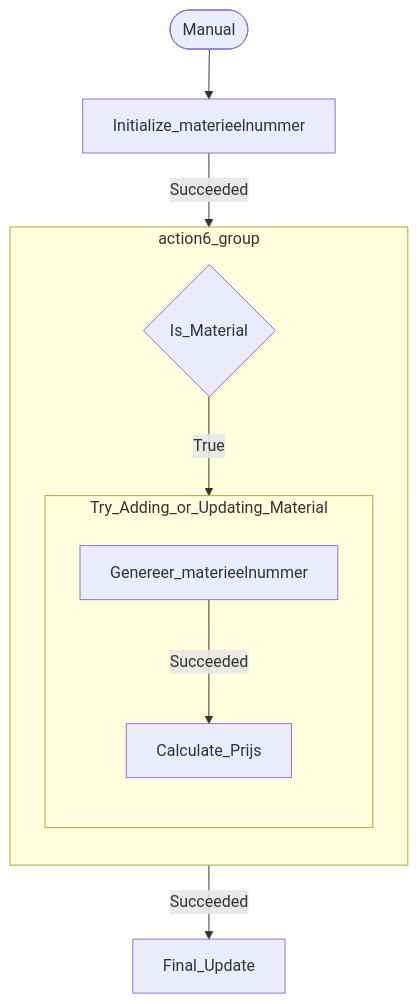
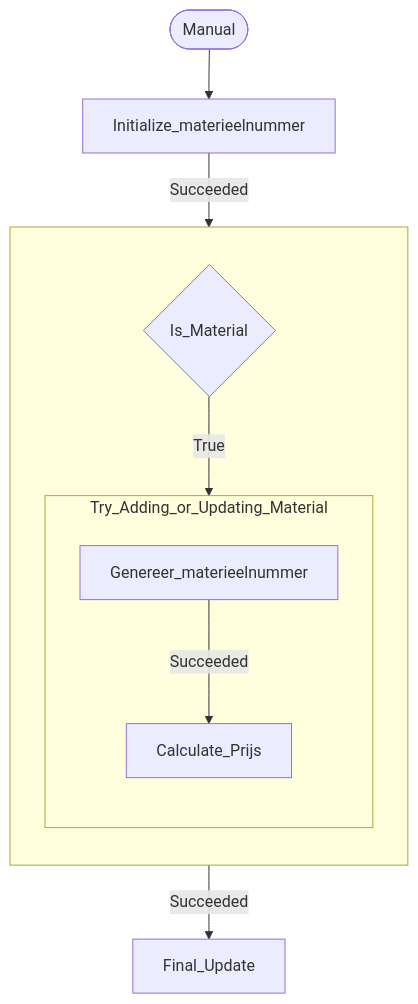
One commit to autosysops/PowerShell_PowerPlatformChecker changed the diagram in tests/fixtures/expected/FlowChart.ScopeInIfFlow.expected.md. Above: the diagram before and after it, drawn with Mermaid. The commit also changed 8 other files, not shown here.

```diff
--- a/tests/fixtures/expected/FlowChart.ScopeInIfFlow.expected.md
+++ b/tests/fixtures/expected/FlowChart.ScopeInIfFlow.expected.md
@@ -1,20 +1,20 @@
 :::mermaid
 flowchart TB
 action0(["Manual"])
 action1["Final_Update"]
 action2["Initialize_materieelnummer"]
-subgraph action6_group
+subgraph action6_group[" "]
 direction TB
 action6{"Is_Material"}
 subgraph action5_group["Try_Adding_or_Updating_Material"]
 direction TB
 action3["Calculate_Prijs"]
 action4["Genereer_materieelnummer"]
 action4 -- Succeeded --> action3
 end
 action6 -- True --> action5_group
 end
 action0 --> action2
 action2 -- Succeeded --> action6_group
 action6_group -- Succeeded --> action1
 :::
```
